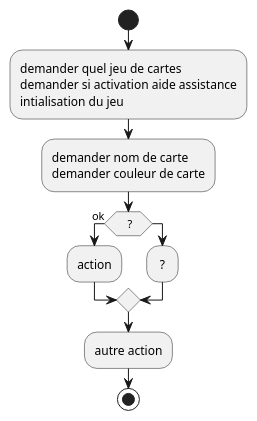
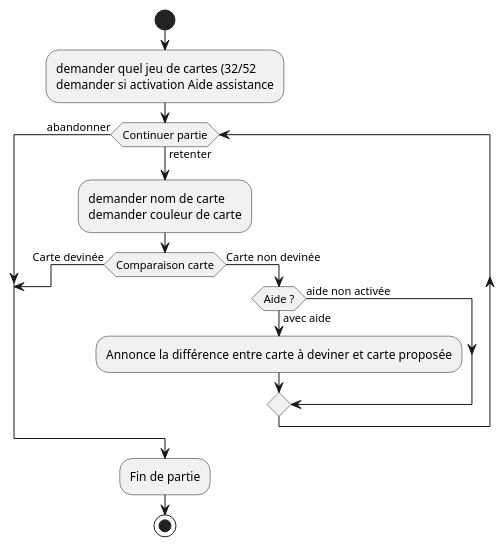
The second of 2 diagrams in README.adoc (DemoxDev/devineCarte_Js), drawn with PlantUML before and after one commit. The commit also changed other lines of this file, not shown here.

Commit message:
Update UML

```diff
--- a/README.adoc
+++ b/README.adoc
@@ -351,18 +351,22 @@
 [plantuml]
 ----
 @startuml
 start
-:demander quel jeu de cartes
-demander si activation aide assistance
-intialisation du jeu;
-:demander nom de carte
-demander couleur de carte;
-if ( ?) equals (ok) then
- :action;
-else
-  : ? ;
-endif
-:autre action;
+:demander quel jeu de cartes (32/52
+demander si activation Aide assistance;
+while (Continuer partie) is (retenter)
+  :demander nom de carte
+  demander couleur de carte;
+  if(Comparaison carte) equals(Carte devinée) then
+   break;
+  else (Carte non devinée)
+  if (Aide ?) equals (avec aide) then
+   :Annonce la différence entre carte à deviner et carte proposée;
+  else (aide non activée)
+  endif;
+ endif;
+endwhile(abandonner);
+:Fin de partie;
 stop
 @enduml
 ----
```
